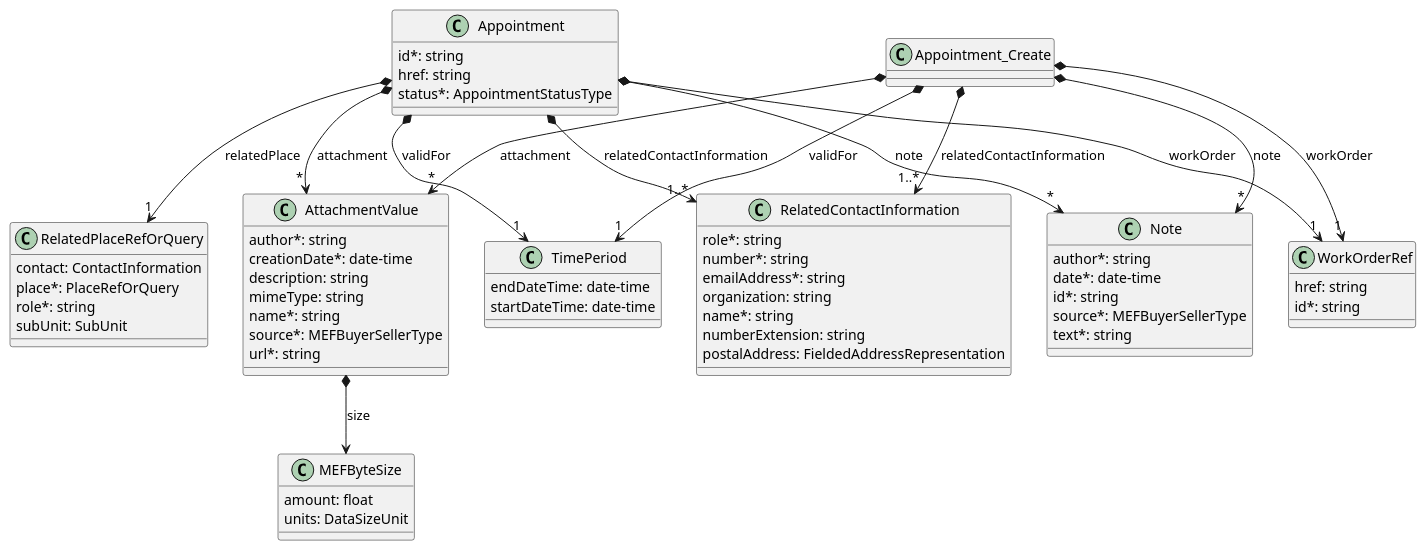
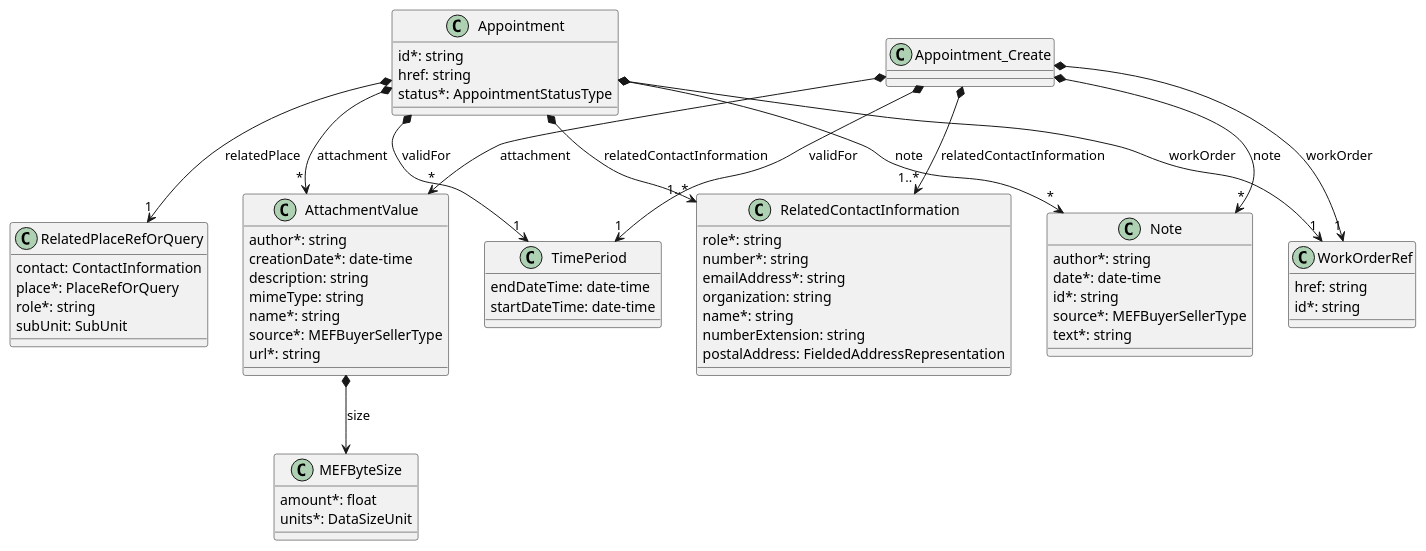
Before and after one commit to MEF-GIT/MEF-LSO-Sonata-SDK: the diagram in documentation/productApi/workforce/media/src/useCase8Model.puml, drawn with PlantUML. The commit also changed 429 other files, not shown here.

```diff
--- a/documentation/productApi/workforce/media/src/useCase8Model.puml
+++ b/documentation/productApi/workforce/media/src/useCase8Model.puml
@@ -1,98 +1,98 @@
 @startuml
 
 
 
 class Appointment {
 
     id*: string
     href: string
     status*: AppointmentStatusType
 }
 
 Appointment *-->"*" AttachmentValue : attachment
 Appointment *-->"*" Note : note
 Appointment *-->"1" RelatedPlaceRefOrQuery : relatedPlace
 Appointment *-->"1" TimePeriod : validFor
 Appointment *-->"1..*" RelatedContactInformation : relatedContactInformation
 Appointment *-->"1" WorkOrderRef : workOrder
 
 
 class Appointment_Create {
 
 }
 
 Appointment_Create *-->"*" AttachmentValue : attachment
 Appointment_Create *-->"*" Note : note
 Appointment_Create *-->"1..*" RelatedContactInformation : relatedContactInformation
 Appointment_Create *-->"1" TimePeriod : validFor
 Appointment_Create *-->"1" WorkOrderRef : workOrder
 
 
 class AttachmentValue {
 
     author*: string
     creationDate*: date-time
     description: string
     mimeType: string
     name*: string
     source*: MEFBuyerSellerType
     url*: string
 }
 
 AttachmentValue *--> MEFByteSize : size
 
 
 
 class MEFByteSize {
 
-    amount: float
-    units: DataSizeUnit
+    amount*: float
+    units*: DataSizeUnit
 }
 
 
 
 
 class RelatedPlaceRefOrQuery {
     contact: ContactInformation
     place*: PlaceRefOrQuery
     role*: string
     subUnit: SubUnit
 }
 
 class RelatedContactInformation {
 
     role*: string
     number*: string
     emailAddress*: string
     organization: string
     name*: string
     numberExtension: string
     postalAddress: FieldedAddressRepresentation
 }
 
 
 class Note {
 
     author*: string
     date*: date-time
     id*: string
     source*: MEFBuyerSellerType
     text*: string
 }
 
 
 
 class TimePeriod {
 
     endDateTime: date-time
     startDateTime: date-time
 }
 
 class WorkOrderRef {
 
     href: string
     id*: string
 }
 
 
 @enduml
```
